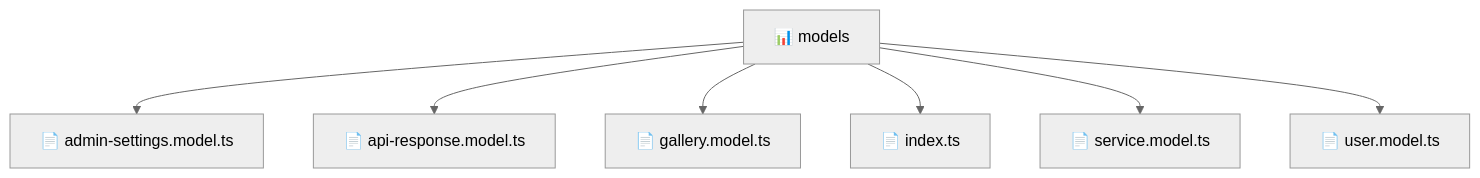
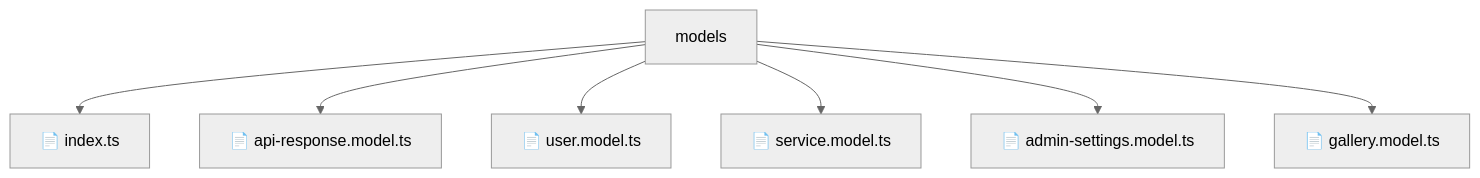
The diagram in frontend/src/shared/models/README.md (beginwebdev2002/fullstack-mavluda), drawn with Mermaid (neutral theme) before and after one commit. The commit also changed other lines of this file and 155 other files, not shown here.

````diff
--- a/frontend/src/shared/models/README.md
+++ b/frontend/src/shared/models/README.md
@@ -10,10 +14,10 @@
 ```mermaid
 graph TD
-  Root["📊 models"]
-  Root --> adminsettingsmodelts["📄 admin-settings.model.ts"]
-  Root --> apiresponsemodelts["📄 api-response.model.ts"]
-  Root --> gallerymodelts["📄 gallery.model.ts"]
-  Root --> indexts["📄 index.ts"]
-  Root --> servicemodelts["📄 service.model.ts"]
-  Root --> usermodelts["📄 user.model.ts"]
+    Root[models]
+    Root --> F0[📄 index.ts]
+    Root --> F1[📄 api-response.model.ts]
+    Root --> F2[📄 user.model.ts]
+    Root --> F3[📄 service.model.ts]
+    Root --> F4[📄 admin-settings.model.ts]
+    Root --> F5[📄 gallery.model.ts]
 ```
````
